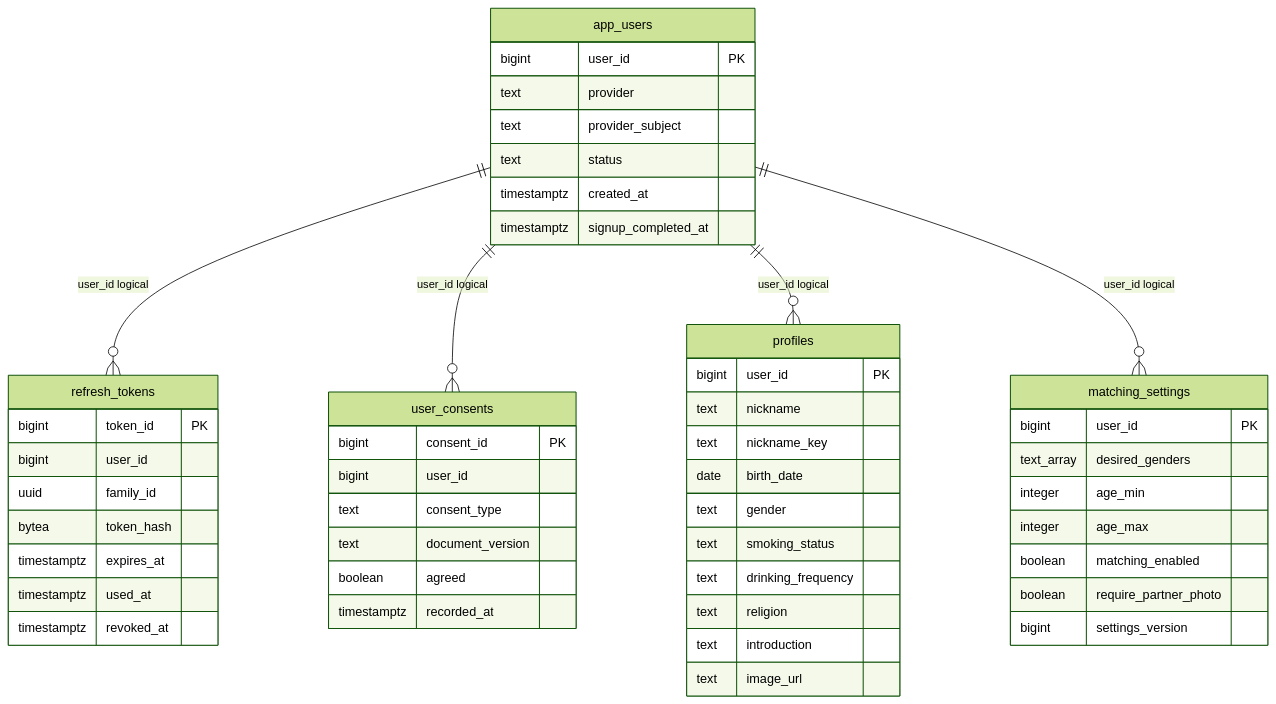
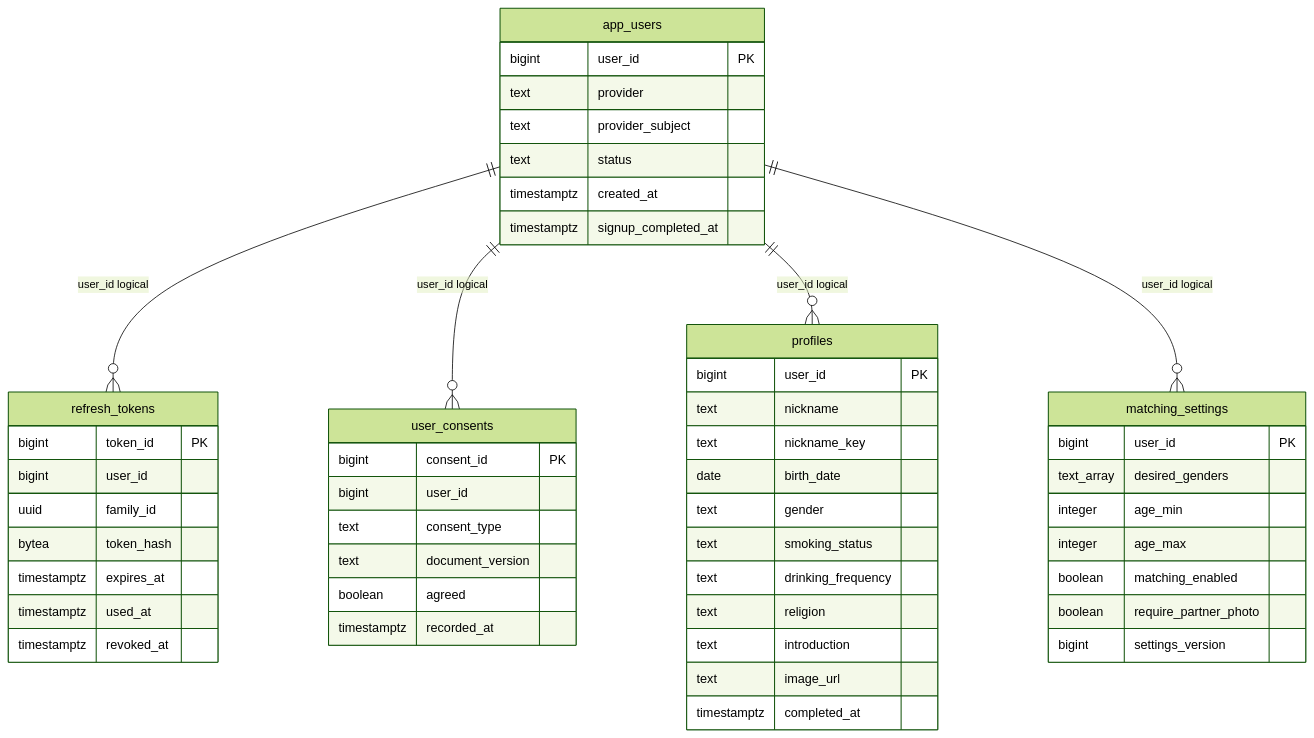
Before and after one commit to j-moo/Tingle: the diagram in docs/database/erd-1.mmd, drawn with Mermaid (forest theme). The commit also changed 122 other files, not shown here.

Commit message:
fix: 채팅 저장과 안내 연동 및 API와 ERD 정합화

```diff
--- a/docs/database/erd-1.mmd
+++ b/docs/database/erd-1.mmd
@@ -1,51 +1,52 @@
 erDiagram
     app_users {
         bigint user_id PK
         text provider
         text provider_subject
         text status
         timestamptz created_at
         timestamptz signup_completed_at
     }
     refresh_tokens {
         bigint token_id PK
         bigint user_id
         uuid family_id
         bytea token_hash
         timestamptz expires_at
         timestamptz used_at
         timestamptz revoked_at
     }
     user_consents {
         bigint consent_id PK
         bigint user_id
         text consent_type
         text document_version
         boolean agreed
         timestamptz recorded_at
     }
     profiles {
         bigint user_id PK
         text nickname
         text nickname_key
         date birth_date
         text gender
         text smoking_status
         text drinking_frequency
         text religion
         text introduction
         text image_url
+        timestamptz completed_at
     }
     matching_settings {
         bigint user_id PK
         text_array desired_genders
         integer age_min
         integer age_max
         boolean matching_enabled
         boolean require_partner_photo
         bigint settings_version
     }
     app_users ||--o{ refresh_tokens : "user_id logical"
     app_users ||--o{ user_consents : "user_id logical"
     app_users ||--o{ profiles : "user_id logical"
     app_users ||--o{ matching_settings : "user_id logical"
```
